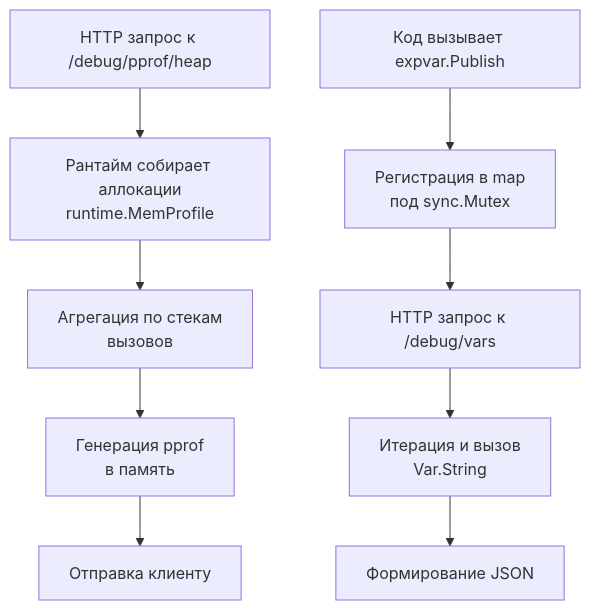
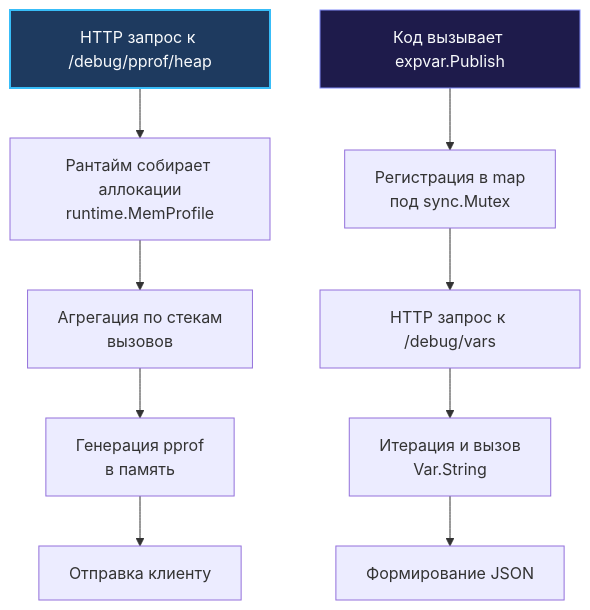
One commit to UnrealTemplier/go-textbook changed the diagram in sources/6. Стандартная библиотека Go/36. net_http_pprof и expvar.md. Above: the diagram before and after it, drawn with Mermaid. The commit also changed 1666 other files, not shown here.

First line of the commit message:
feat(mermaid): add semantic color classDef to 1369 colorless flowchart/graph diagrams

````diff
--- a/sources/6. Стандартная библиотека Go/36. net_http_pprof и expvar.md
+++ b/sources/6. Стандартная библиотека Go/36. net_http_pprof и expvar.md
@@ -34,12 +34,22 @@
 ```mermaid
 flowchart TD
-    A["HTTP запрос к /debug/pprof/heap"] --> B["Рантайм собирает аллокации<br>runtime.MemProfile"]
+    classDef process  fill:#1e293b,stroke:#38bdf8,stroke-width:1px,color:#f8fafc
+    classDef success  fill:#064e3b,stroke:#34d399,stroke-width:1px,color:#f8fafc
+    classDef error    fill:#7f1d1d,stroke:#f87171,stroke-width:1px,color:#f8fafc
+    classDef warning  fill:#78350f,stroke:#fbbf24,stroke-width:1px,color:#f8fafc
+    classDef entry    fill:#1e3a5f,stroke:#38bdf8,stroke-width:2px,color:#f8fafc
+    classDef aux      fill:#334155,stroke:#64748b,stroke-width:1px,color:#f8fafc
+    classDef system   fill:#312e81,stroke:#a78bfa,stroke-width:1px,color:#f8fafc
+    classDef data     fill:#132d29,stroke:#2dd4bf,stroke-width:1px,color:#f8fafc
+    classDef network  fill:#881337,stroke:#fb7185,stroke-width:1px,color:#f8fafc
+    classDef accent   fill:#1e1b4b,stroke:#818cf8,stroke-width:1px,color:#f8fafc
+    A["HTTP запрос к /debug/pprof/heap"]:::entry --> B["Рантайм собирает аллокации<br>runtime.MemProfile"]
     B --> C["Агрегация по стекам<br>вызовов"]
     C --> D["Генерация pprof<br>в память"]
     D --> E["Отправка клиенту"]
     
-    F["Код вызывает expvar.Publish"] --> G["Регистрация в map<br>под sync.Mutex"]
+    F["Код вызывает expvar.Publish"]:::accent --> G["Регистрация в map<br>под sync.Mutex"]
     G --> H["HTTP запрос к /debug/vars"]
     H --> I["Итерация и вызов<br>Var.String"]
     I --> J["Формирование JSON"]
 ```
````
